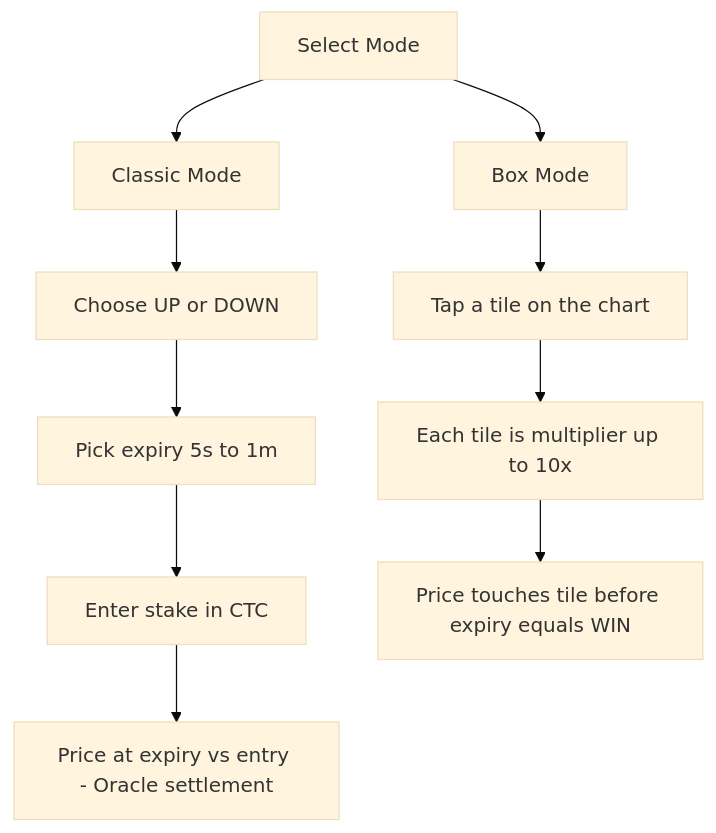
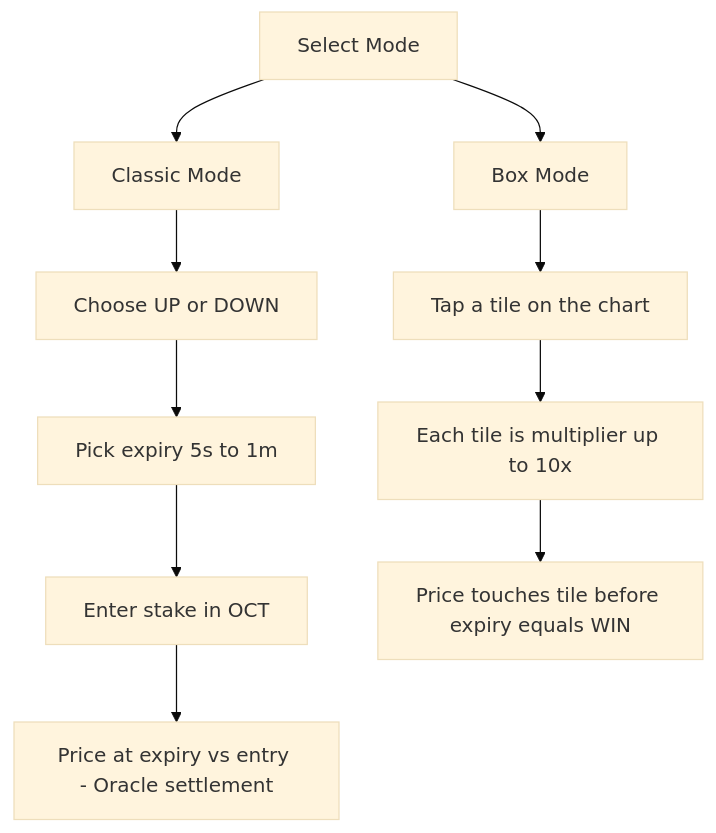
Before and after one commit to AmaanSayyad/Onenomo: the fourth of 4 diagrams in README.md, drawn with Mermaid (base theme). The commit also changed other lines of this file and 91 other files, not shown here.

````diff
--- a/README.md
+++ b/README.md
@@ -238,14 +238,14 @@
 ```mermaid
 flowchart TD
     Start[Select Mode] --> Classic[Classic Mode]
     Start --> Box[Box Mode]
 
     Classic --> C1[Choose UP or DOWN]
     C1 --> C2[Pick expiry 5s to 1m]
-    C2 --> C3[Enter stake in CTC]
+    C2 --> C3[Enter stake in OCT]
     C3 --> C4[Price at expiry vs entry - Oracle settlement]
 
     Box --> B1[Tap a tile on the chart]
     B1 --> B2[Each tile is multiplier up to 10x]
     B2 --> B3[Price touches tile before expiry equals WIN]
 ```
````
